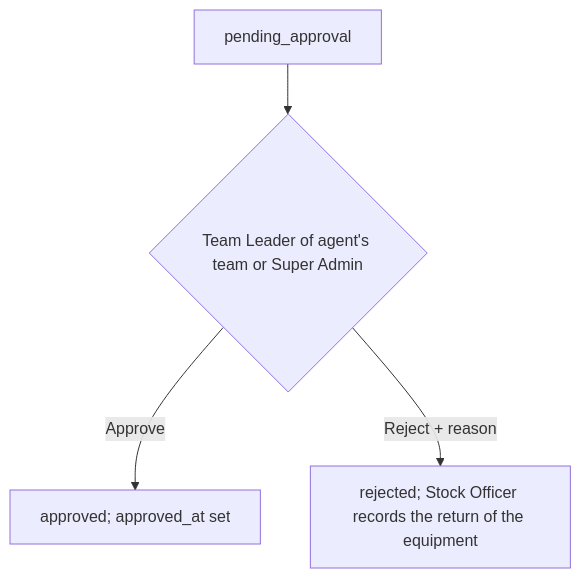
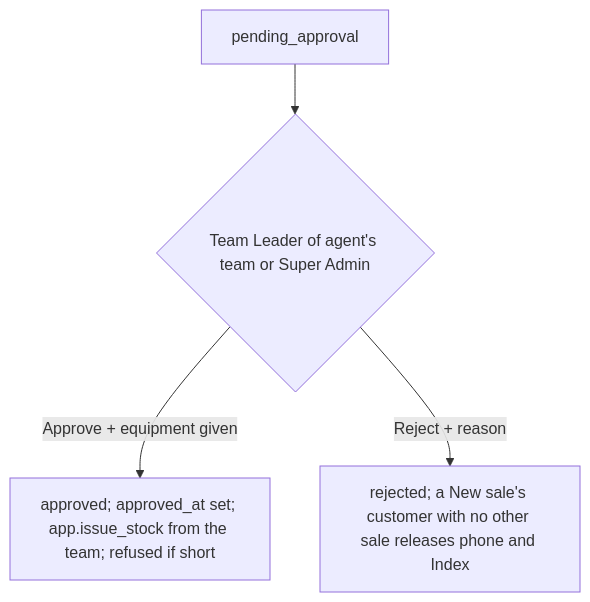
Before and after one commit to sakariyeqaalib001-alt/Outdoor-: the fourth of 5 diagrams in docs/02-design/Sogasho_Outdoor_Field_Sales_Audit_System_SDD_v1.5.md, drawn with Mermaid. The commit also changed other lines of this file and 15 other files, not shown here.

Commit message:
D-37: every sale waits for Team Leader / Supervisor approval; equipment recorded at approval (Phase 8)

````diff
--- a/docs/02-design/Sogasho_Outdoor_Field_Sales_Audit_System_SDD_v1.5.md
+++ b/docs/02-design/Sogasho_Outdoor_Field_Sales_Audit_System_SDD_v1.5.md
@@ -467,6 +463,6 @@
 ```mermaid
 flowchart TD
     A[pending_approval] --> B{Team Leader of agent's team or Super Admin}
-    B -->|Approve| C[approved; approved_at set]
-    B -->|Reject + reason| D[rejected; Stock Officer records the return of the equipment]
+    B -->|Approve + equipment given| C[approved; approved_at set; app.issue_stock from the team; refused if short]
+    B -->|Reject + reason| D[rejected; a New sale's customer with no other sale releases phone and Index]
 ```
````
